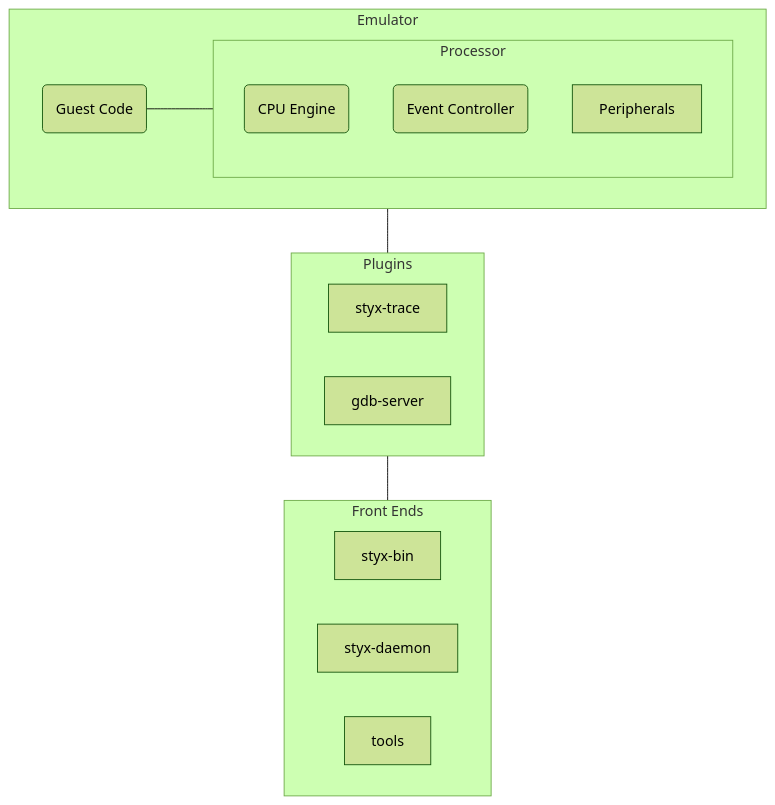
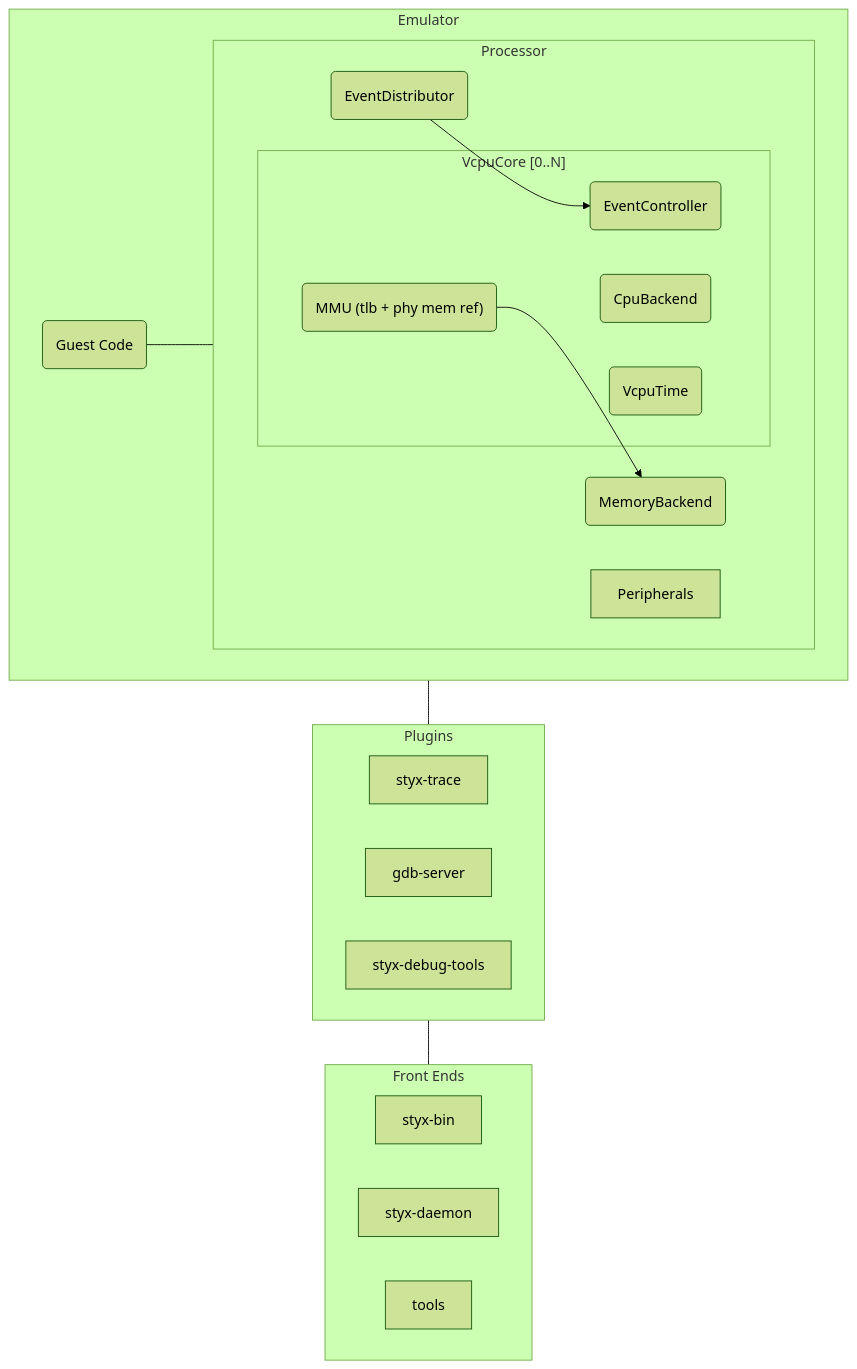
The diagram in docs/source/concepts.rst (styx-emulator/styx-emulator), drawn with Mermaid (forest theme) before and after one commit. The commit also changed other lines of this file and 10 other files, not shown here.

```diff
--- a/docs/source/concepts.rst
+++ b/docs/source/concepts.rst
@@ -6,24 +6,33 @@
 .. mermaid::
-    :caption: High-level block diagram.
+    :caption: High-level block diagram of Styx components.
 
     graph TD
         subgraph emu [Emulator]
-            direction LR
             code(Guest Code)
             subgraph proc [Processor]
-                cpu(CPU Engine)
-                evctl(Event Controller)
+                direction LR
+                mem(MemoryBackend)
+                evdist(EventDistributor)
                 Peripherals
+                subgraph vcpu ["VcpuCore [0..N]"]
+                    mmu("MMU (tlb + phy mem ref)")
+                    backend("CpuBackend")
+                    time("VcpuTime")
+                    evctl("EventController")
+                end
             end
+            evdist --> evctl
+            mmu --> mem
             code --- proc
         end
         subgraph plugs [Plugins]
             styx-trace
             gdb-server
+            styx-debug-tools
         end
         subgraph fe [Front Ends]
             styx-bin
             styx-daemon
             tools
         end
         emu --- plugs --- fe
```
